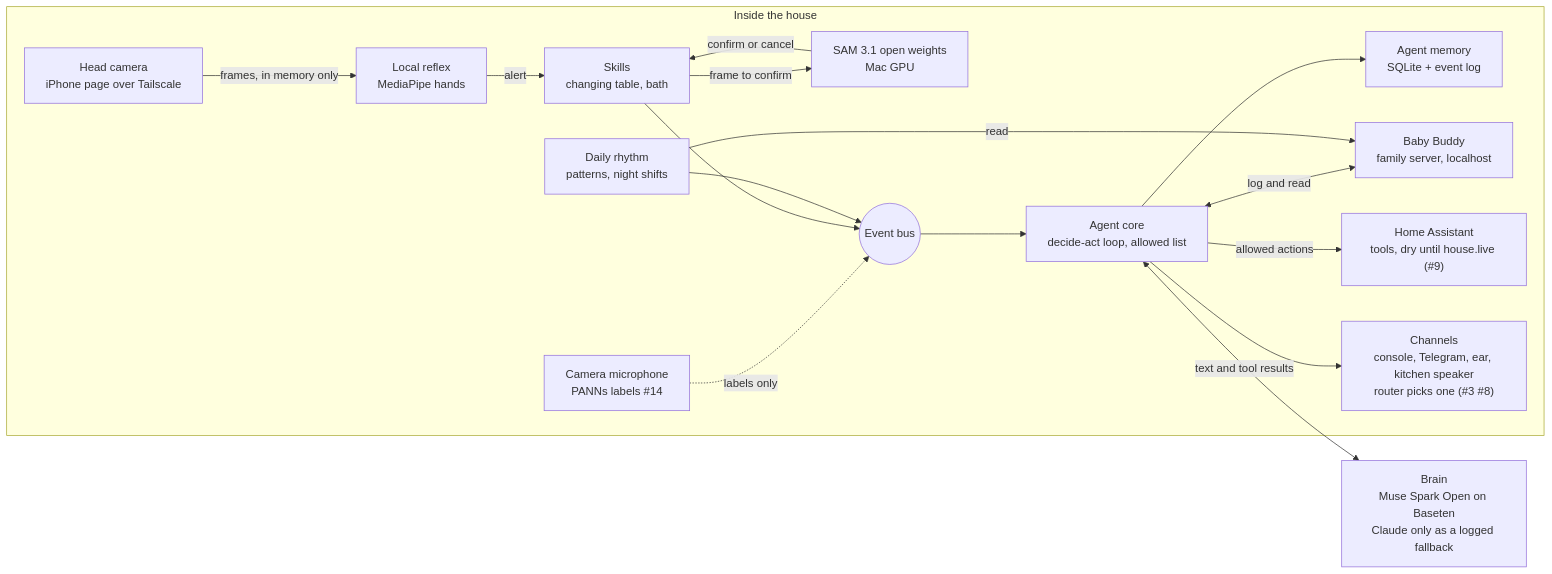
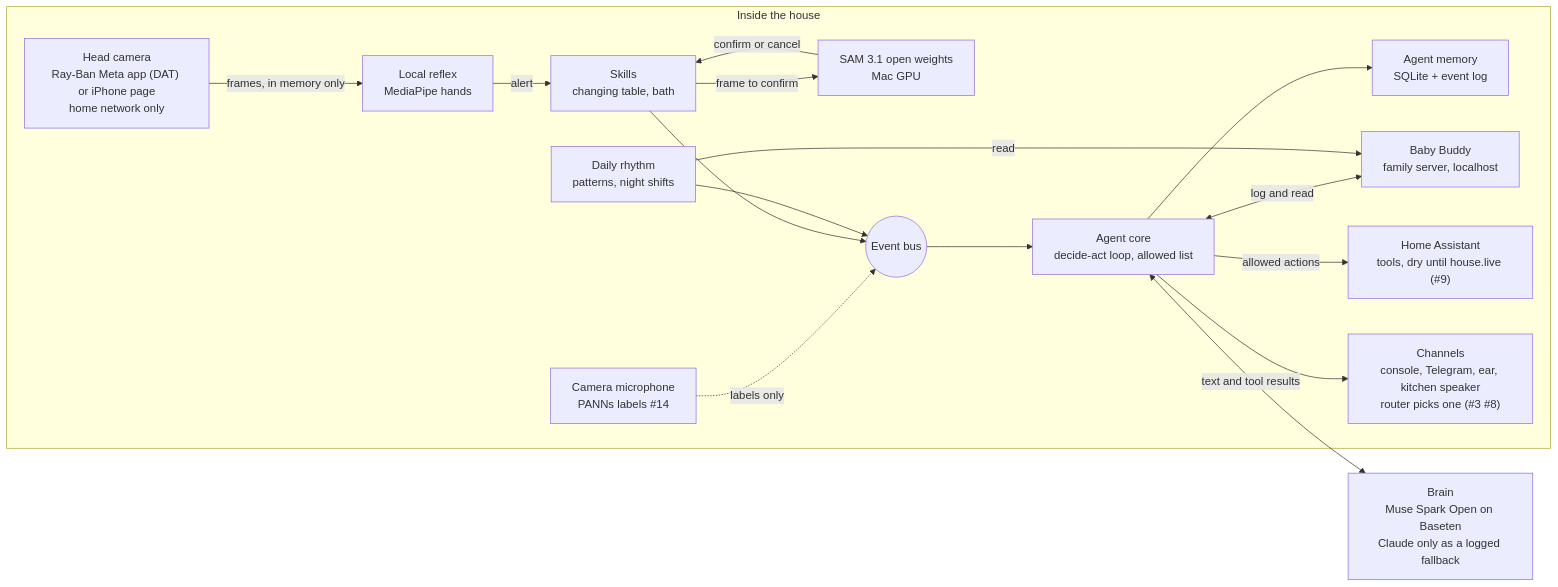
The diagram in docs/architecture.md (gonzalomelov/theos-house), drawn with Mermaid before and after one commit. The commit also changed other lines of this file and 31 other files, not shown here.

First line of the commit message:
feat(glasses): Ray-Ban Meta companion app on DAT, glasses endpoint and channel (#57) (#65)

````diff
--- a/docs/architecture.md
+++ b/docs/architecture.md
@@ -5,33 +5,33 @@
 ```mermaid
 flowchart LR
   subgraph House["Inside the house"]
-    cam["Head camera<br/>iPhone page over Tailscale"]
+    cam["Head camera<br/>Ray-Ban Meta app (DAT) or iPhone page<br/>home network only"]
     mic["Camera microphone<br/>PANNs labels #14"]
     reflex["Local reflex<br/>MediaPipe hands"]
     sam["SAM 3.1 open weights<br/>Mac GPU"]
     bus(("Event bus"))
     core["Agent core<br/>decide-act loop, allowed list"]
     mem["Agent memory<br/>SQLite + event log"]
     bb["Baby Buddy<br/>family server, localhost"]
     rhythm["Daily rhythm<br/>patterns, night shifts"]
     skills["Skills<br/>changing table, bath"]
     ha["Home Assistant<br/>tools, dry until house.live (#9)"]
     chan["Channels<br/>console, Telegram, ear, kitchen speaker<br/>router picks one (#3 #8)"]
   end
   brain["Brain<br/>Muse Spark Open on Baseten<br/>Claude only as a logged fallback"]
 
   cam -->|frames, in memory only| reflex
   reflex -->|alert| skills
   skills -->|frame to confirm| sam
   sam -->|confirm or cancel| skills
   mic -.->|labels only| bus
   skills --> bus
   rhythm --> bus
   bus --> core
   core <-->|text and tool results| brain
   core --> mem
   core <-->|log and read| bb
   rhythm -->|read| bb
   core -->|allowed actions| ha
   core --> chan
 ```
````
